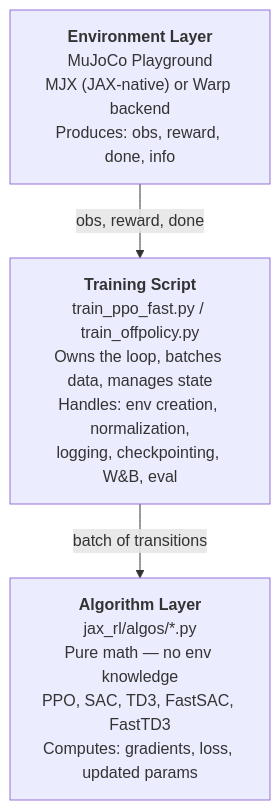
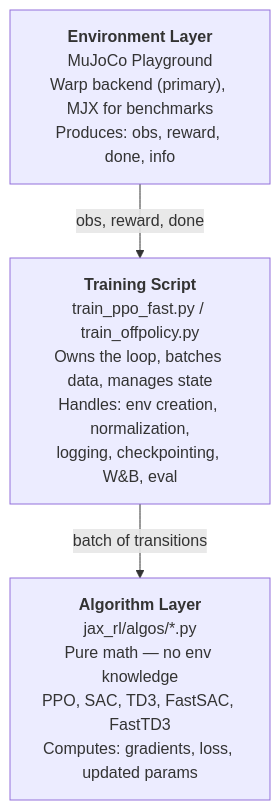
Before and after one commit to stevenwman/jax-learning: the diagram in docs/reference/architecture.md, drawn with Mermaid. The commit also changed other lines of this file and 7 other files, not shown here.

````diff
--- a/docs/reference/architecture.md
+++ b/docs/reference/architecture.md
@@ -7,9 +7,9 @@
 ```mermaid
 flowchart TD
-    ENV["<b>Environment Layer</b><br/>MuJoCo Playground<br/>MJX (JAX-native) or Warp backend<br/>Produces: obs, reward, done, info"]
+    ENV["<b>Environment Layer</b><br/>MuJoCo Playground<br/>Warp backend (primary), MJX for benchmarks<br/>Produces: obs, reward, done, info"]
     TRAIN["<b>Training Script</b><br/>train_ppo_fast.py / train_offpolicy.py<br/>Owns the loop, batches data, manages state<br/>Handles: env creation, normalization,<br/>logging, checkpointing, W&B, eval"]
     ALGO["<b>Algorithm Layer</b><br/>jax_rl/algos/*.py<br/>Pure math — no env knowledge<br/>PPO, SAC, TD3, FastSAC, FastTD3<br/>Computes: gradients, loss, updated params"]
 
     ENV -->|"obs, reward, done"| TRAIN
     TRAIN -->|"batch of transitions"| ALGO
 ```
````
